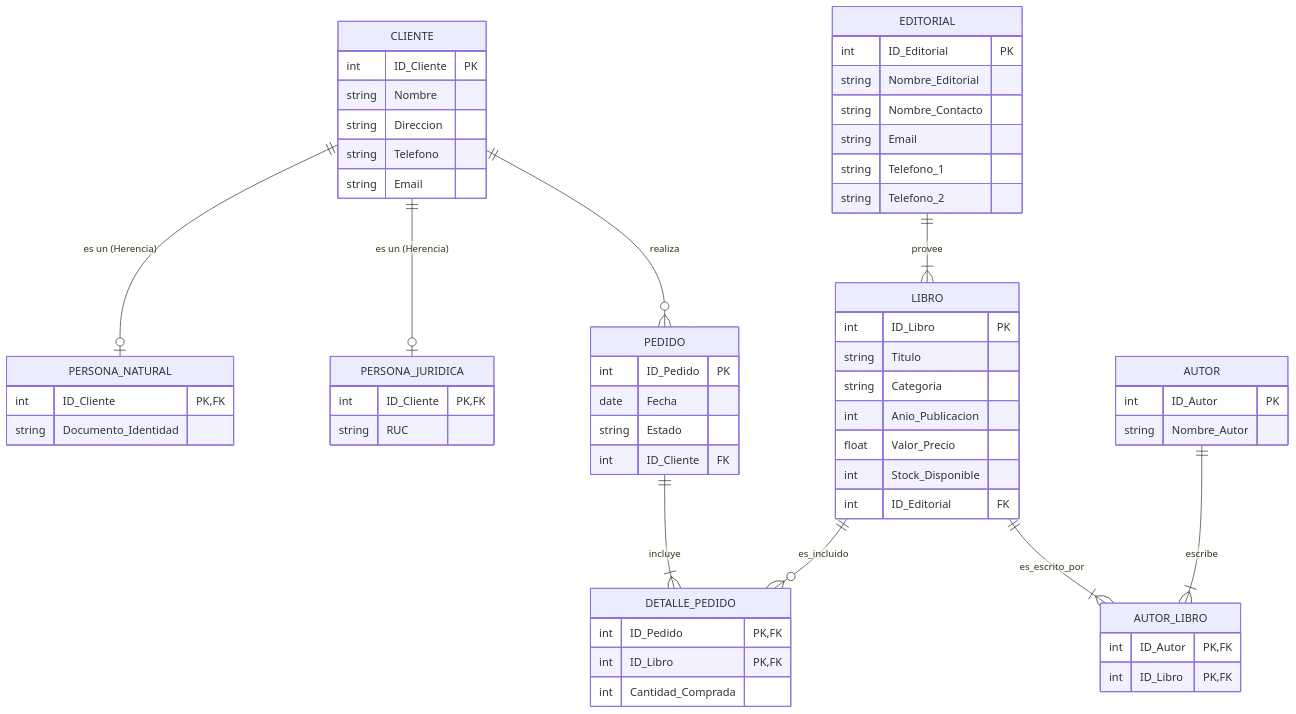
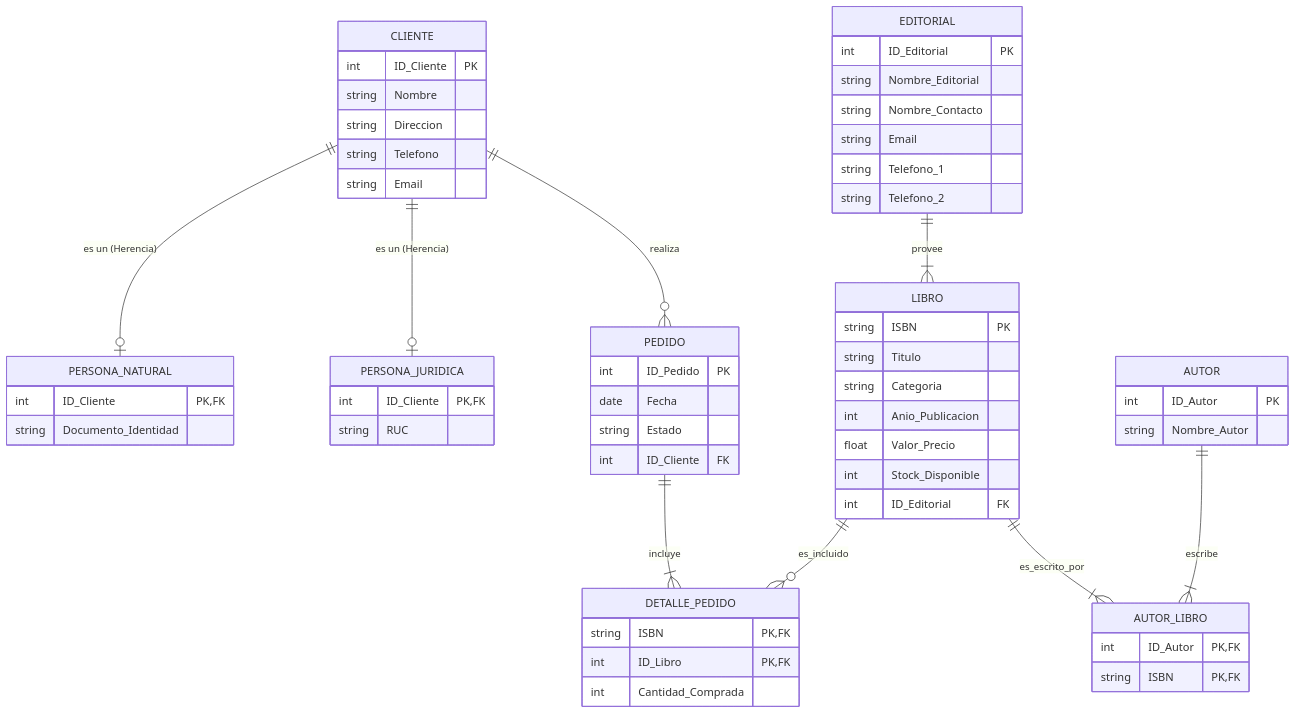
Before and after one commit to ShoveX1/Dise-o-Conceptual-DB: the diagram in README.md, drawn with Mermaid.

````diff
--- a/README.md
+++ b/README.md
@@ -31,7 +31,7 @@
     }
 
     LIBRO {
-        int ID_Libro PK
+        string ISBN PK
         string Titulo
         string Categoria
         int Anio_Publicacion
@@ -73,7 +73,7 @@
     LIBRO ||--o{ DETALLE_PEDIDO : "es_incluido"
     
     DETALLE_PEDIDO {
-        int ID_Pedido PK, FK
+        string ISBN PK, FK
         int ID_Libro PK, FK
         int Cantidad_Comprada
     }
@@ -84,6 +84,6 @@
 
     AUTOR_LIBRO {
         int ID_Autor PK, FK
-        int ID_Libro PK, FK
+        string ISBN PK, FK
     }
 ```
````
